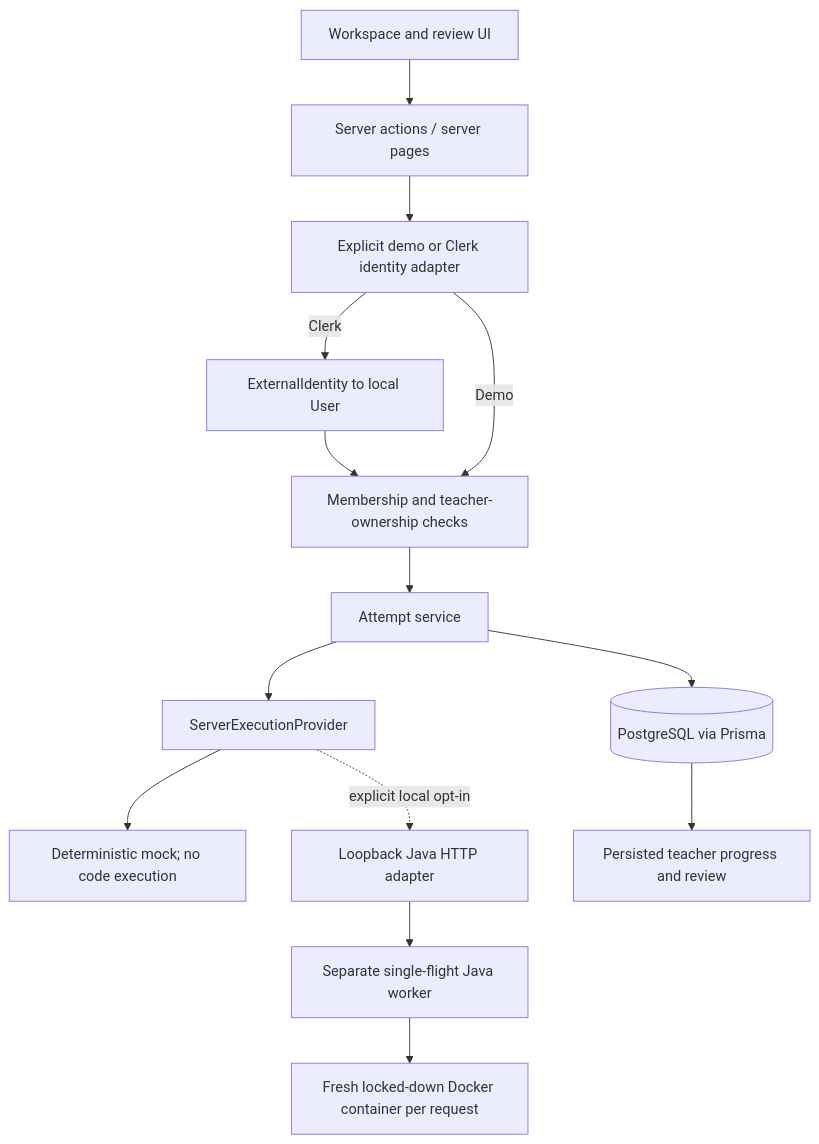
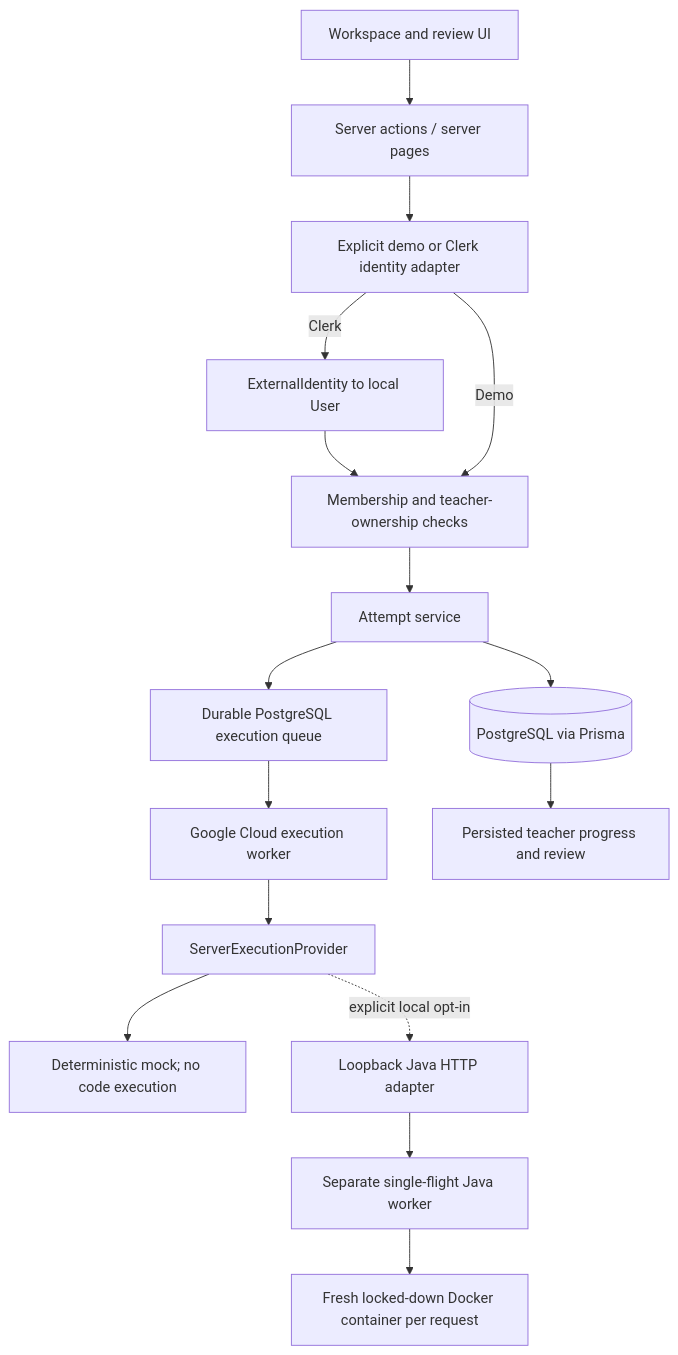
One commit to Tanishk1989/Labrix changed the first of 2 diagrams in documentation/04-ARCHITECTURE.md. Above: the diagram before and after it, drawn with Mermaid. The commit also changed other lines of this file and 65 other files, not shown here.

Commit message:
feat: add durable production execution queue

````diff
--- a/documentation/04-ARCHITECTURE.md
+++ b/documentation/04-ARCHITECTURE.md
@@ -7,16 +7,18 @@
 ```mermaid
 flowchart TB
   UI["Workspace and review UI"] --> A["Server actions / server pages"]
   A --> ID["Explicit demo or Clerk identity adapter"]
   ID -->|"Clerk"| MAP["ExternalIdentity to local User"]
   MAP --> AUTHZ
   ID -->|"Demo"| AUTHZ["Membership and teacher-ownership checks"]
   AUTHZ --> SVC["Attempt service"]
   SVC --> DB[("PostgreSQL via Prisma")]
-  SVC --> EP["ServerExecutionProvider"]
+  SVC --> Q["Durable PostgreSQL execution queue"]
+  Q --> EW["Google Cloud execution worker"]
+  EW --> EP["ServerExecutionProvider"]
   EP --> MOCK["Deterministic mock; no code execution"]
   EP -. "explicit local opt-in" .-> JHTTP["Loopback Java HTTP adapter"]
   JHTTP --> WORKER["Separate single-flight Java worker"]
   WORKER --> DOCKER["Fresh locked-down Docker container per request"]
   DB --> REVIEW["Persisted teacher progress and review"]
 ```
````
